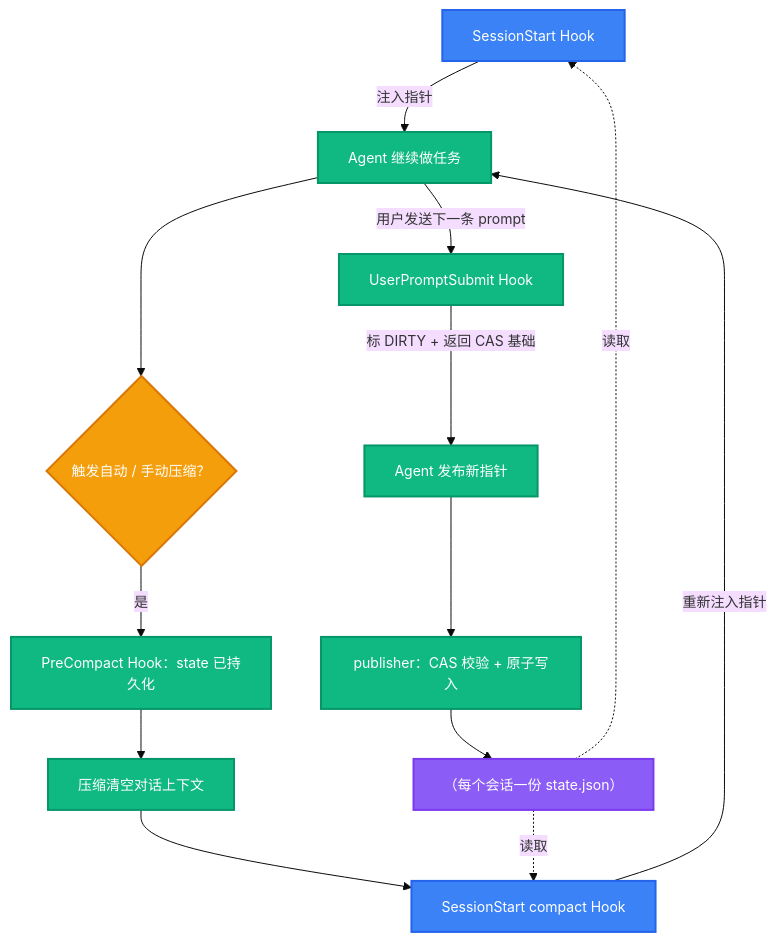
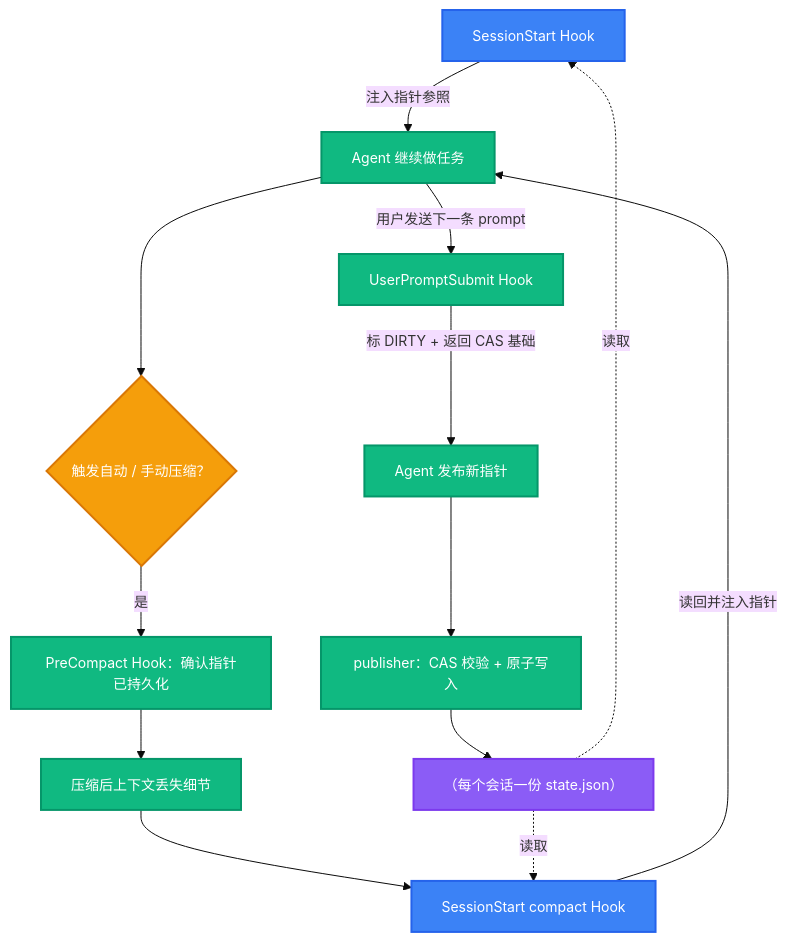
The diagram in README-zh.md (big0lives/codex-task-pointer), drawn with Mermaid before and after one commit. The commit also changed other lines of this file and 1 other file, not shown here.

````diff
--- a/README-zh.md
+++ b/README-zh.md
@@ -115,26 +123,26 @@
 ```mermaid
 %%{init: {'theme': 'base', 'themeVariables': {'fontSize': '14px'}}}%%
 flowchart TD
-    A[SessionStart Hook] -->|注入指针| B[Agent 继续做任务]
+    A[SessionStart Hook] -->|注入指针参照| B[Agent 继续做任务]
     B -->|用户发送下一条 prompt| C[UserPromptSubmit Hook]
     C -->|标 DIRTY + 返回 CAS 基础| D[Agent 发布新指针]
     D --> E[publisher：CAS 校验 + 原子写入]
     E --> F[（每个会话一份 state.json）]
     B --> G{触发自动 / 手动压缩？}
-    G -->|是| H[PreCompact Hook：state 已持久化]
-    H --> I[压缩清空对话上下文]
+    G -->|是| H[PreCompact Hook：确认指针已持久化]
+    H --> I[压缩后上下文丢失细节]
     I --> J[SessionStart compact Hook]
-    J -->|重新注入指针| B
+    J -->|读回并注入指针| B
     F -.读取.-> A
     F -.读取.-> J
 
     classDef start fill:#3B82F6,stroke:#2563EB,color:#fff,stroke-width:2px
     classDef process fill:#10B981,stroke:#059669,color:#fff,stroke-width:2px
     classDef decision fill:#F59E0B,stroke:#D97706,color:#fff,stroke-width:2px
     classDef storage fill:#8B5CF6,stroke:#7C3AED,color:#fff,stroke-width:2px
 
     class A,J start
     class B,C,D,E,H,I process
     class G decision
     class F storage
 ```
````
